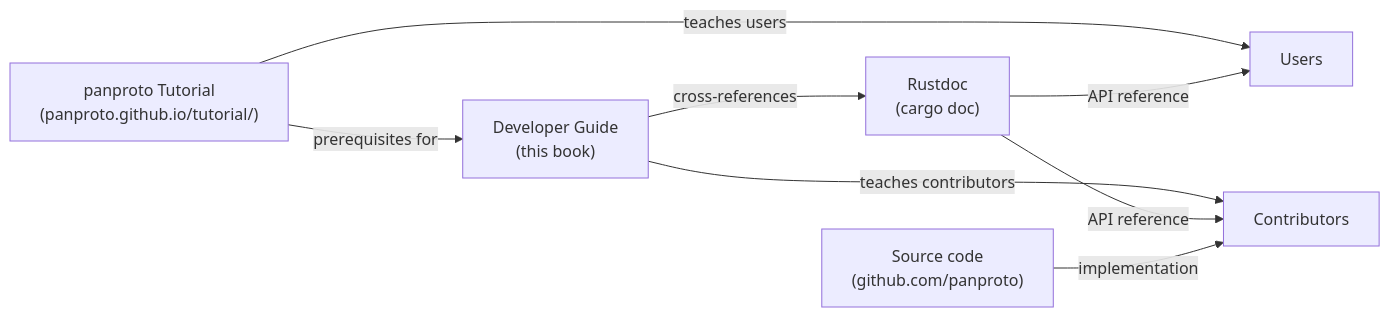
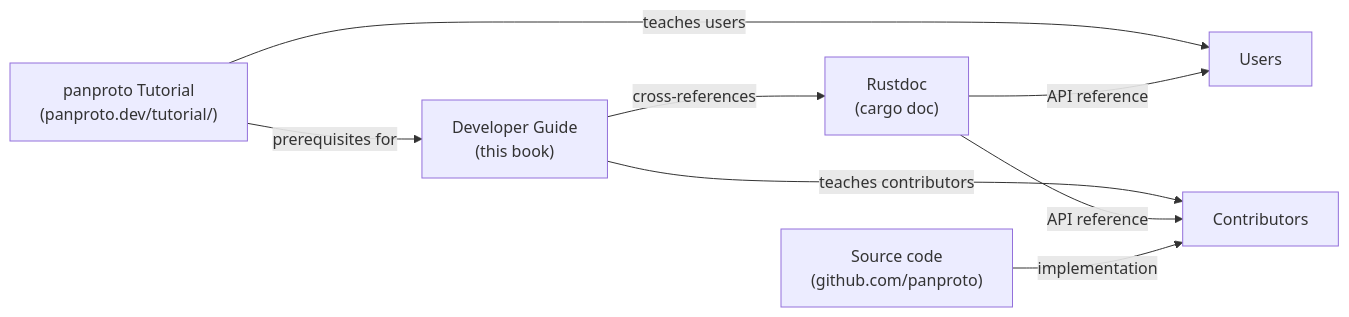
One commit to panproto/panproto changed the diagram in dev-guide/chapters/01-welcome.qmd. Above: the diagram before and after it, drawn with Mermaid. The commit also changed other lines of this file and 76 other files, not shown here.

First line of the commit message:
docs: full rewrite of tutorial and dev-guide for accessibility

````diff
--- a/dev-guide/chapters/01-welcome.qmd
+++ b/dev-guide/chapters/01-welcome.qmd
@@ -33,12 +35,12 @@
 ```{mermaid}
 %%| label: fig-docs-overview
 %%| fig-cap: "Documentation structure for panproto"
 flowchart LR
-    A["panproto Tutorial<br>(panproto.github.io/tutorial/)"] -->|"teaches users"| U["Users"]
+    A["panproto Tutorial<br>(panproto.dev/tutorial/)"] -->|"teaches users"| U["Users"]
     B["Developer Guide<br>(this book)"] -->|"teaches contributors"| C["Contributors"]
     D["Rustdoc<br>(cargo doc)"] -->|"API reference"| C
     D -->|"API reference"| U
     E["Source code<br>(github.com/panproto)"] -->|"implementation"| C
     B -->|"cross-references"| D
     A -->|"prerequisites for"| B
 ```
````
